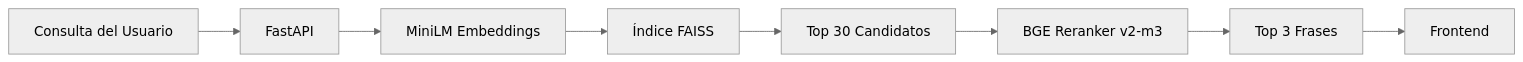
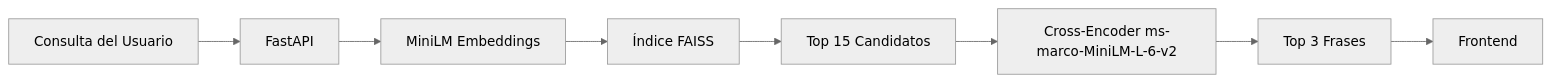
Before and after one commit to JromeroRodriguez/semantic-quote-searchAutomate: the diagram in README.md, drawn with Mermaid (neutral theme). The commit also changed other lines of this file, not shown here.

Commit message:
Sync README values with code defaults (embedding, reranker, top_k, docker port)

````diff
--- a/README.md
+++ b/README.md
@@ -7,10 +7,10 @@
 ```mermaid
 graph LR
     A[Consulta del Usuario] --> B[FastAPI]
     B --> C[MiniLM Embeddings]
     C --> D[Índice FAISS]
-    D --> E[Top 30 Candidatos]
-    E --> F[BGE Reranker v2-m3]
+    D --> E[Top 15 Candidatos]
+    E --> F[Cross-Encoder ms-marco-MiniLM-L-6-v2]
     F --> G[Top 3 Frases]
     G --> H[Frontend]
 ```
````
